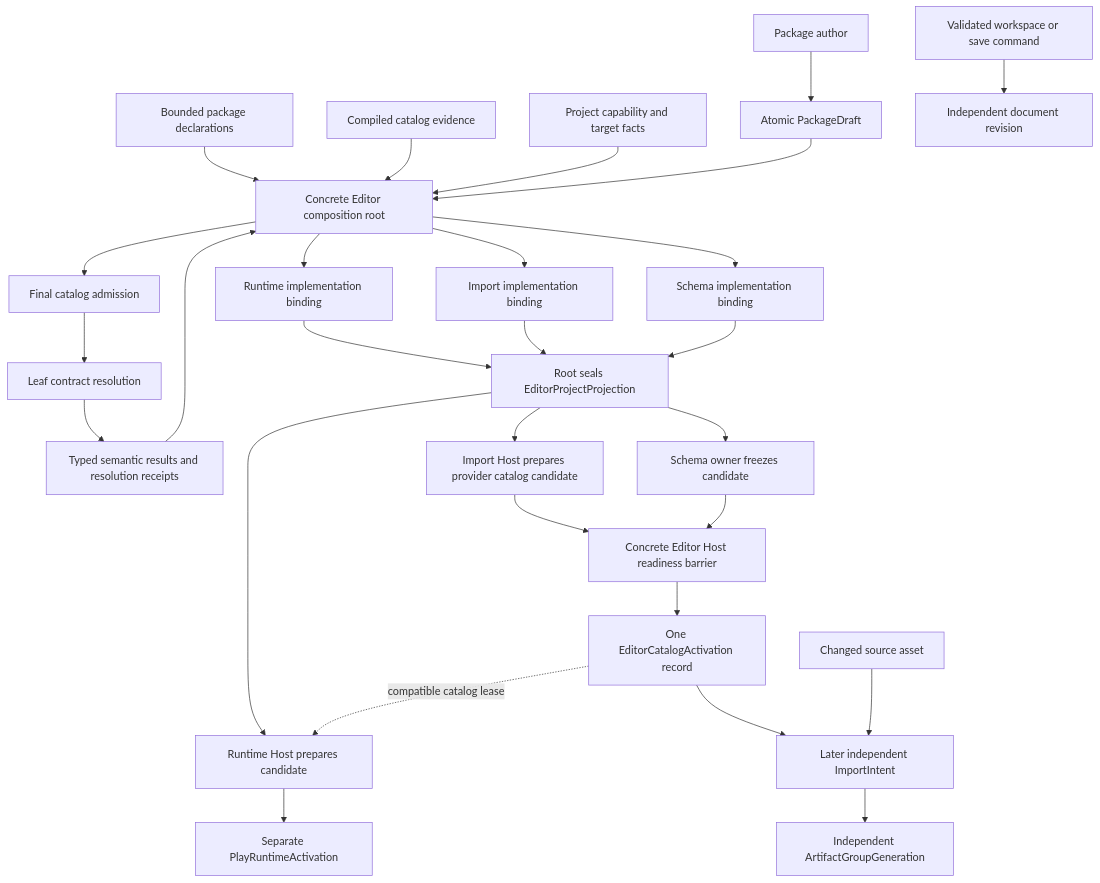
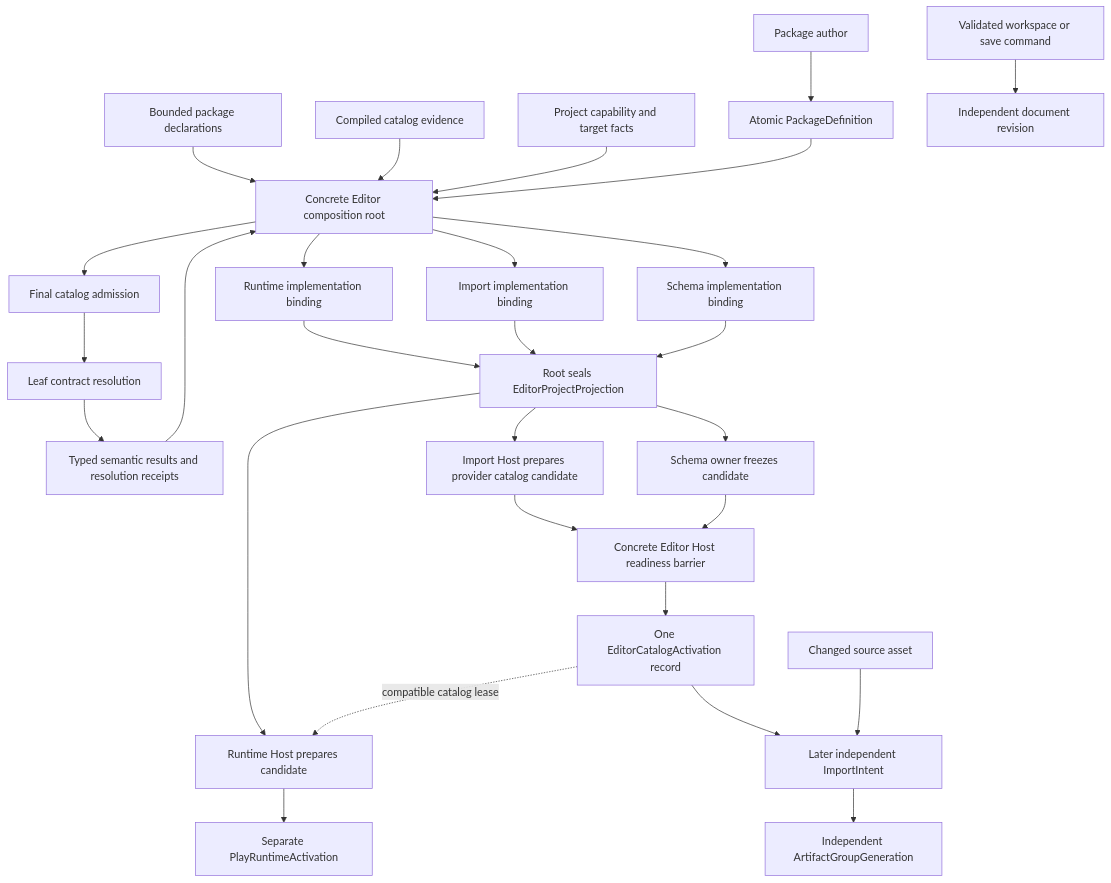
One commit to Latias94/nara changed the diagram in docs/architecture/extension-package-concept-guide.md. Above: the diagram before and after it, drawn with Mermaid. The commit also changed other lines of this file and 6 other files, not shown here.

First line of the commit message:
docs(architecture): refine extension module interfaces

````diff
--- a/docs/architecture/extension-package-concept-guide.md
+++ b/docs/architecture/extension-package-concept-guide.md
@@ -477,30 +499,30 @@
 ```mermaid
 flowchart TD
-    Author[Package author] --> Draft[Atomic PackageDraft]
+    Author[Package author] --> Definition[Atomic PackageDefinition]
     Source[Bounded package declarations] --> Root[Concrete Editor composition root]
     Catalog[Compiled catalog evidence] --> Root
     Project[Project capability and target facts] --> Root
-    Draft --> Root
+    Definition --> Root
     Root --> Admission[Final catalog admission]
     Admission --> Kernel[Leaf contract resolution]
     Kernel --> Plans[Typed semantic results and resolution receipts]
     Plans --> Root
     Root --> RuntimeBind[Runtime implementation binding]
     Root --> ImportBind[Import implementation binding]
     Root --> SchemaBind[Schema implementation binding]
     RuntimeBind --> Projection[Root seals EditorProjectProjection]
     ImportBind --> Projection
     SchemaBind --> Projection
     Projection --> RuntimeOwner[Runtime Host prepares candidate]
     Projection --> ImportCatalogOwner[Import Host prepares provider catalog candidate]
     Projection --> SchemaOwner[Schema owner freezes candidate]
     ImportCatalogOwner --> EditorHost[Concrete Editor Host readiness barrier]
     SchemaOwner --> EditorHost
     EditorHost --> EditorCatalog[One EditorCatalogActivation record]
     EditorCatalog -. compatible catalog lease .-> RuntimeOwner
     RuntimeOwner --> RuntimeActive[Separate PlayRuntimeActivation]
     EditorCatalog --> ImportAttempt[Later independent ImportIntent]
     SourceAsset[Changed source asset] --> ImportAttempt
     ImportAttempt --> ArtifactActive[Independent ArtifactGroupGeneration]
     WorkspaceCommand[Validated workspace or save command] --> DocumentRevision[Independent document revision]
 ```
````
